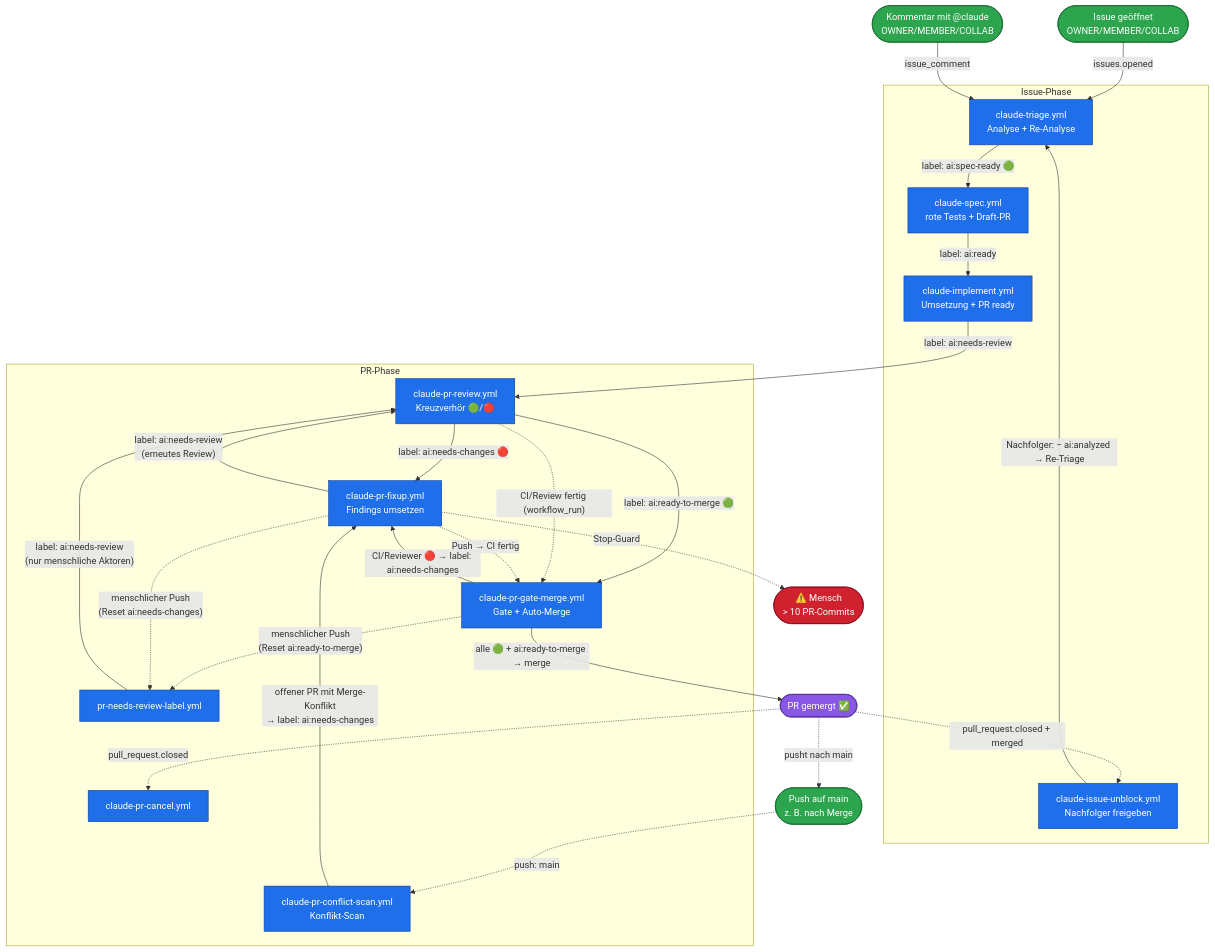
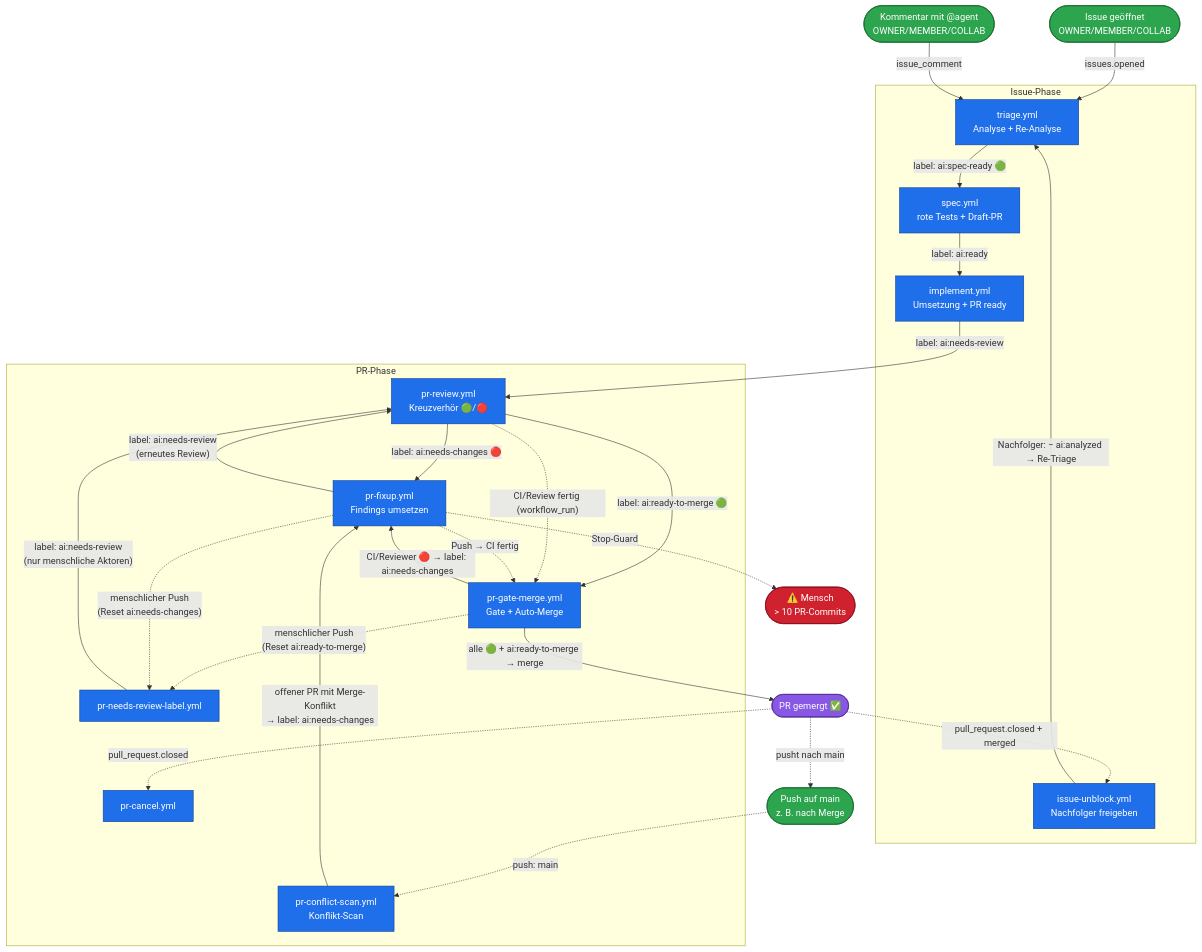
Before and after one commit to deleonio/priority-pilot: the diagram in docs/pipeline-flow.md, drawn with Mermaid. The commit also changed other lines of this file and 9 other files, not shown here.

````diff
--- a/docs/pipeline-flow.md
+++ b/docs/pipeline-flow.md
@@ -9,75 +9,75 @@
 ```mermaid
 flowchart TD
     %% ====== Eintritt ======
     start([Issue geöffnet<br/>OWNER/MEMBER/COLLAB]):::evt
-    cmt([Kommentar mit @claude<br/>OWNER/MEMBER/COLLAB]):::evt
+    cmt([Kommentar mit @agent<br/>OWNER/MEMBER/COLLAB]):::evt
     pushmain([Push auf main<br/>z. B. nach Merge]):::evt
 
     %% ====== Issue-Phase ======
     subgraph ISSUE [Issue-Phase]
-        triage[claude-triage.yml<br/>Analyse + Re-Analyse]:::wf
-        spec[claude-spec.yml<br/>rote Tests + Draft-PR]:::wf
-        implement[claude-implement.yml<br/>Umsetzung + PR ready]:::wf
-        unblock[claude-issue-unblock.yml<br/>Nachfolger freigeben]:::wf
+        triage[triage.yml<br/>Analyse + Re-Analyse]:::wf
+        spec[spec.yml<br/>rote Tests + Draft-PR]:::wf
+        implement[implement.yml<br/>Umsetzung + PR ready]:::wf
+        unblock[issue-unblock.yml<br/>Nachfolger freigeben]:::wf
     end
 
     %% ====== PR-Phase ======
     subgraph PR [PR-Phase]
         autolabel[pr-needs-review-label.yml]:::wf
-        review[claude-pr-review.yml<br/>Kreuzverhör 🟢/🔴]:::wf
-        fixup[claude-pr-fixup.yml<br/>Findings umsetzen]:::wf
-        gatemerge[claude-pr-gate-merge.yml<br/>Gate + Auto-Merge]:::wf
-        cancel[claude-pr-cancel.yml]:::wf
-        conflictscan[claude-pr-conflict-scan.yml<br/>Konflikt-Scan]:::wf
+        review[pr-review.yml<br/>Kreuzverhör 🟢/🔴]:::wf
+        fixup[pr-fixup.yml<br/>Findings umsetzen]:::wf
+        gatemerge[pr-gate-merge.yml<br/>Gate + Auto-Merge]:::wf
+        cancel[pr-cancel.yml]:::wf
+        conflictscan[pr-conflict-scan.yml<br/>Konflikt-Scan]:::wf
     end
 
     merged([PR gemergt ✅]):::done
     human([⚠️ Mensch<br/>> 10 PR-Commits]):::stop
 
     %% ---- Issue-Trigger ----
     start -->|issues.opened| triage
     cmt -->|issue_comment| triage
     triage -->|"label: ai:spec-ready 🟢"| spec
     spec -->|"label: ai:ready"| implement
 
     %% ---- Übergang Issue -> PR (implement setzt ai:needs-review SELBST als kontrollierten
     %% letzten Schritt — pr-needs-review-label.yml reagiert bewusst NICHT auf bot-erzeugte
     %% Draft→ready-Uebergaenge, nur auf menschliche PR-Erstellung/-Freigabe) ----
     implement -->|"label: ai:needs-review"| review
 
     %% ---- Push-Reset-Pfad (jeder menschliche Push auf den PR-Branch) + menschlich erstellte PRs ----
     gatemerge -.->|"menschlicher Push<br/>(Reset ai:ready-to-merge)"| autolabel
     fixup -.->|"menschlicher Push<br/>(Reset ai:needs-changes)"| autolabel
     autolabel -->|"label: ai:needs-review<br/>(nur menschliche Aktoren)"| review
 
     %% ---- Review-Verzweigung ----
     review -->|"label: ai:needs-changes 🔴"| fixup
     review -->|"label: ai:ready-to-merge 🟢"| gatemerge
 
     %% ---- Fixup-Schleife ----
     fixup -->|"label: ai:needs-review<br/>(erneutes Review)"| review
     fixup -.->|"Stop-Guard"| human
 
     %% ---- Deterministisches Gate (workflow_run) ----
     review -.->|"CI/Review fertig (workflow_run)"| gatemerge
     fixup -.->|"Push → CI fertig"| gatemerge
     gatemerge -->|"CI/Reviewer 🔴 → label: ai:needs-changes"| fixup
     gatemerge -->|"alle 🟢 + ai:ready-to-merge → merge"| merged
 
     %% ---- Abschluss ----
     merged -.->|pull_request.closed| cancel
 
     %% ---- Merge-getriebenes Unblocking aufeinander aufbauender Issues ----
     merged -.->|"pull_request.closed + merged"| unblock
     unblock -->|"Nachfolger: − ai:analyzed → Re-Triage"| triage
 
     %% ---- Konflikt-Scan bei Push auf main (z. B. nach Merge) ----
     merged -.->|"pusht nach main"| pushmain
     pushmain -.->|"push: main"| conflictscan
     conflictscan -->|"offener PR mit Merge-Konflikt<br/>→ label: ai:needs-changes"| fixup
 
     classDef wf fill:#1f6feb,stroke:#0b3d91,color:#fff;
     classDef evt fill:#2da44e,stroke:#116329,color:#fff;
     classDef done fill:#8957e5,stroke:#4c2889,color:#fff;
     classDef stop fill:#cf222e,stroke:#82071e,color:#fff;
 ```
````
